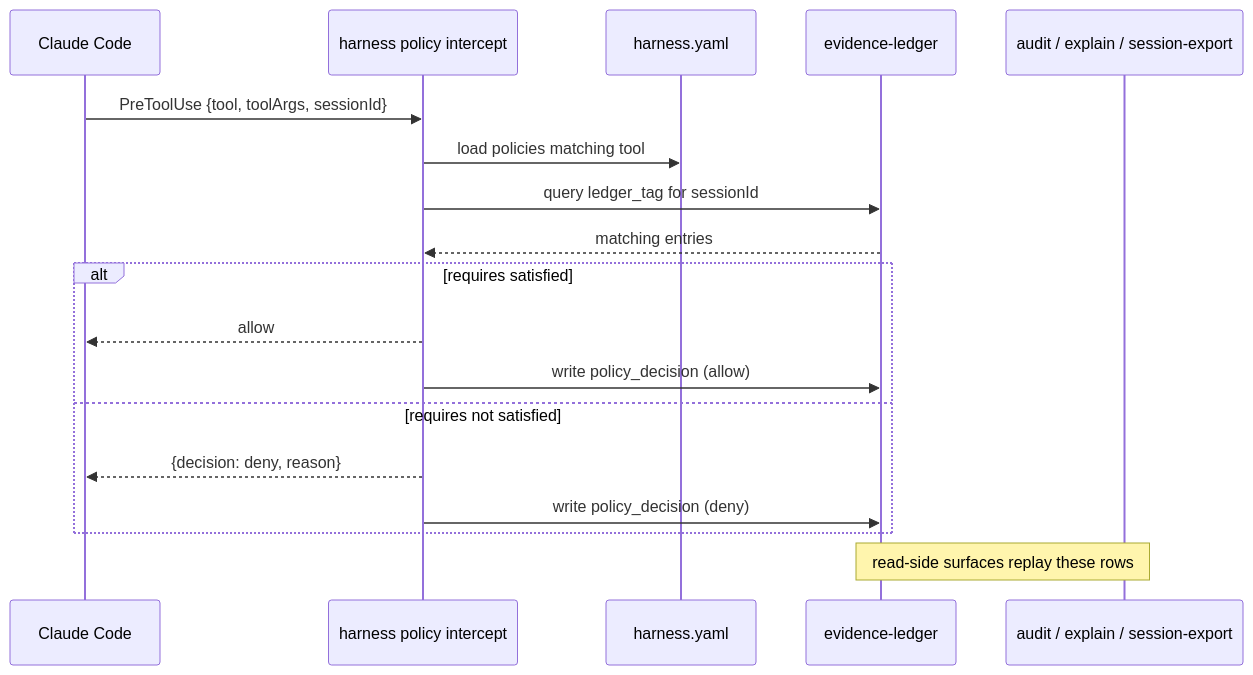
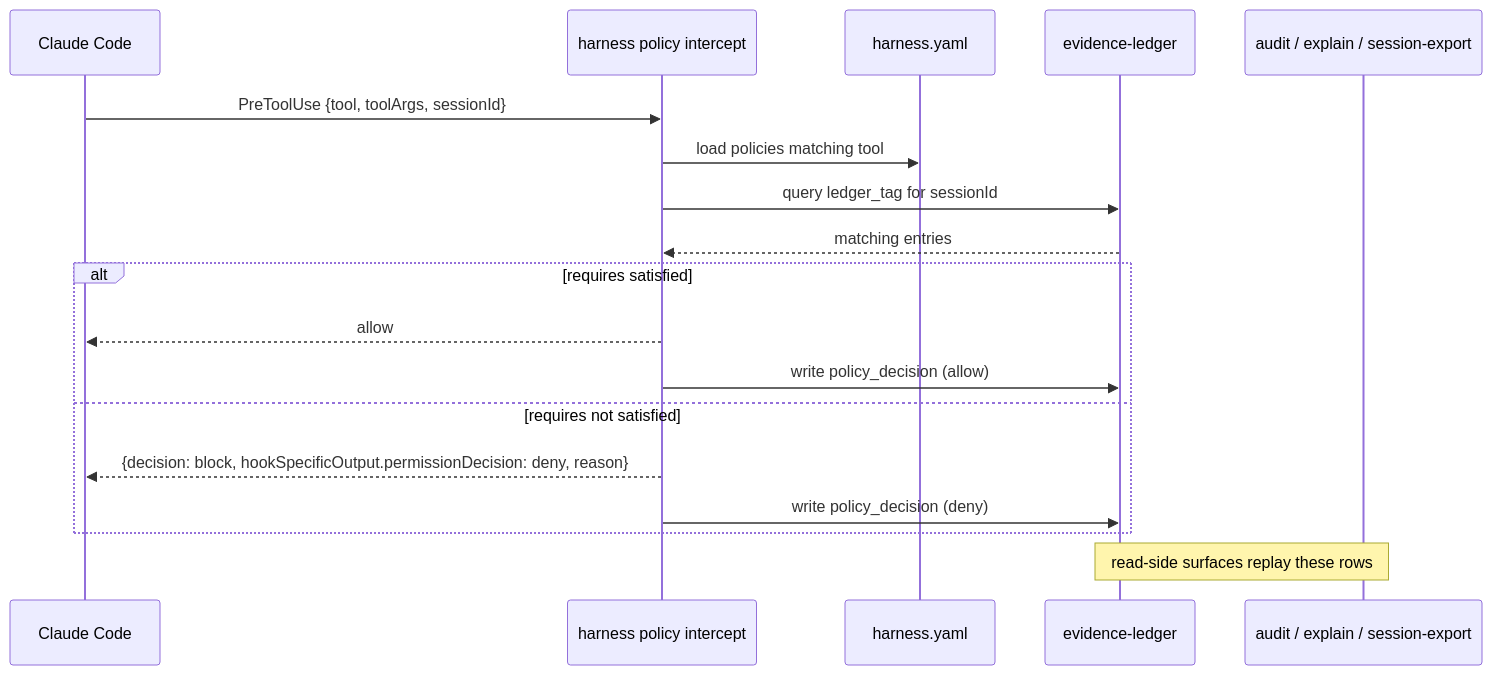
The second of 2 diagrams in docs/for-agents.md (LanNguyenSi/harness), drawn with Mermaid before and after one commit. The commit also changed 6 other files, not shown here.

````diff
--- a/docs/for-agents.md
+++ b/docs/for-agents.md
@@ -79,21 +79,21 @@
 ```mermaid
 sequenceDiagram
     participant CC as Claude Code
     participant Hook as harness policy intercept
     participant Manifest as harness.yaml
     participant Ledger as evidence-ledger
     participant Audit as audit / explain / session-export
 
     CC->>Hook: PreToolUse {tool, toolArgs, sessionId}
     Hook->>Manifest: load policies matching tool
     Hook->>Ledger: query ledger_tag for sessionId
     Ledger-->>Hook: matching entries
     alt requires satisfied
         Hook-->>CC: allow
         Hook->>Ledger: write policy_decision (allow)
     else requires not satisfied
-        Hook-->>CC: {decision: deny, reason}
+        Hook-->>CC: {decision: block, hookSpecificOutput.permissionDecision: deny, reason}
         Hook->>Ledger: write policy_decision (deny)
     end
     Note over Audit,Ledger: read-side surfaces replay these rows
 ```
````
